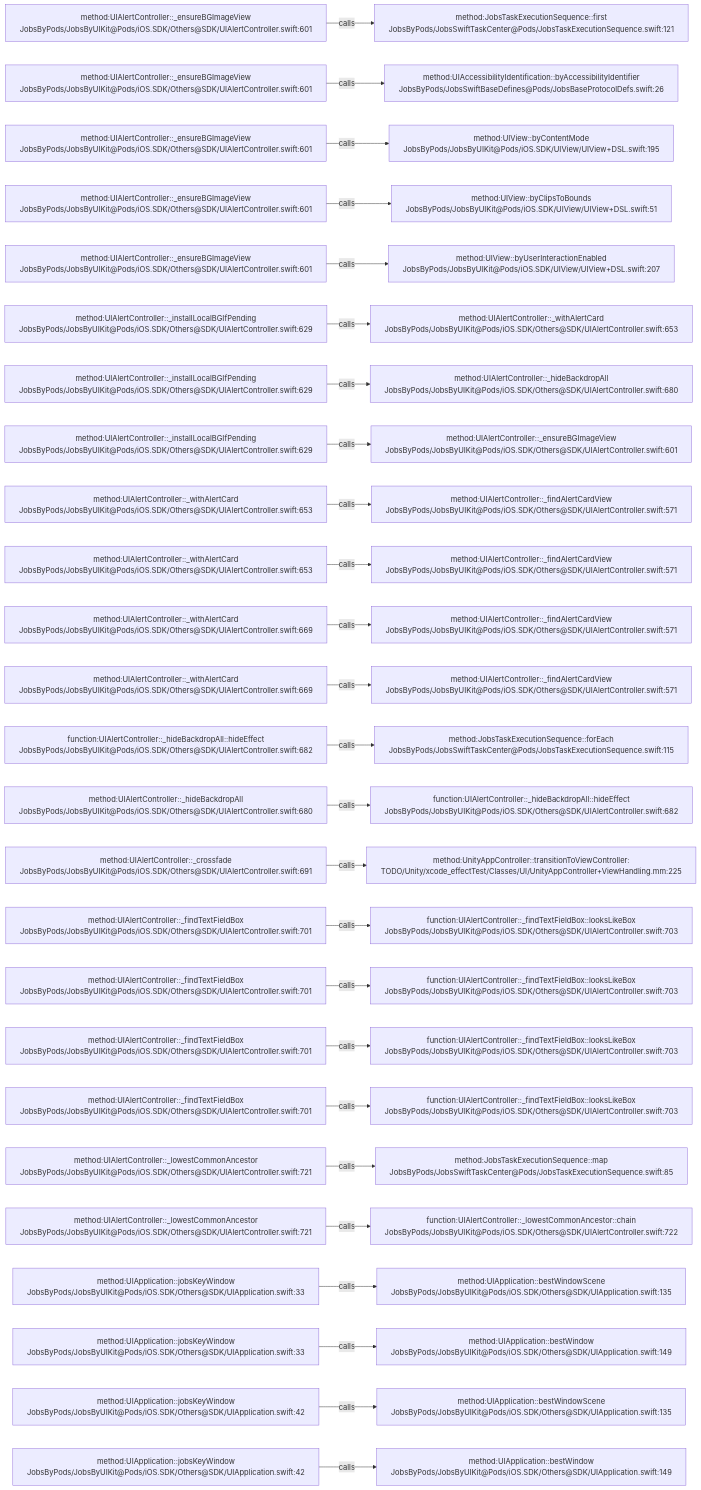
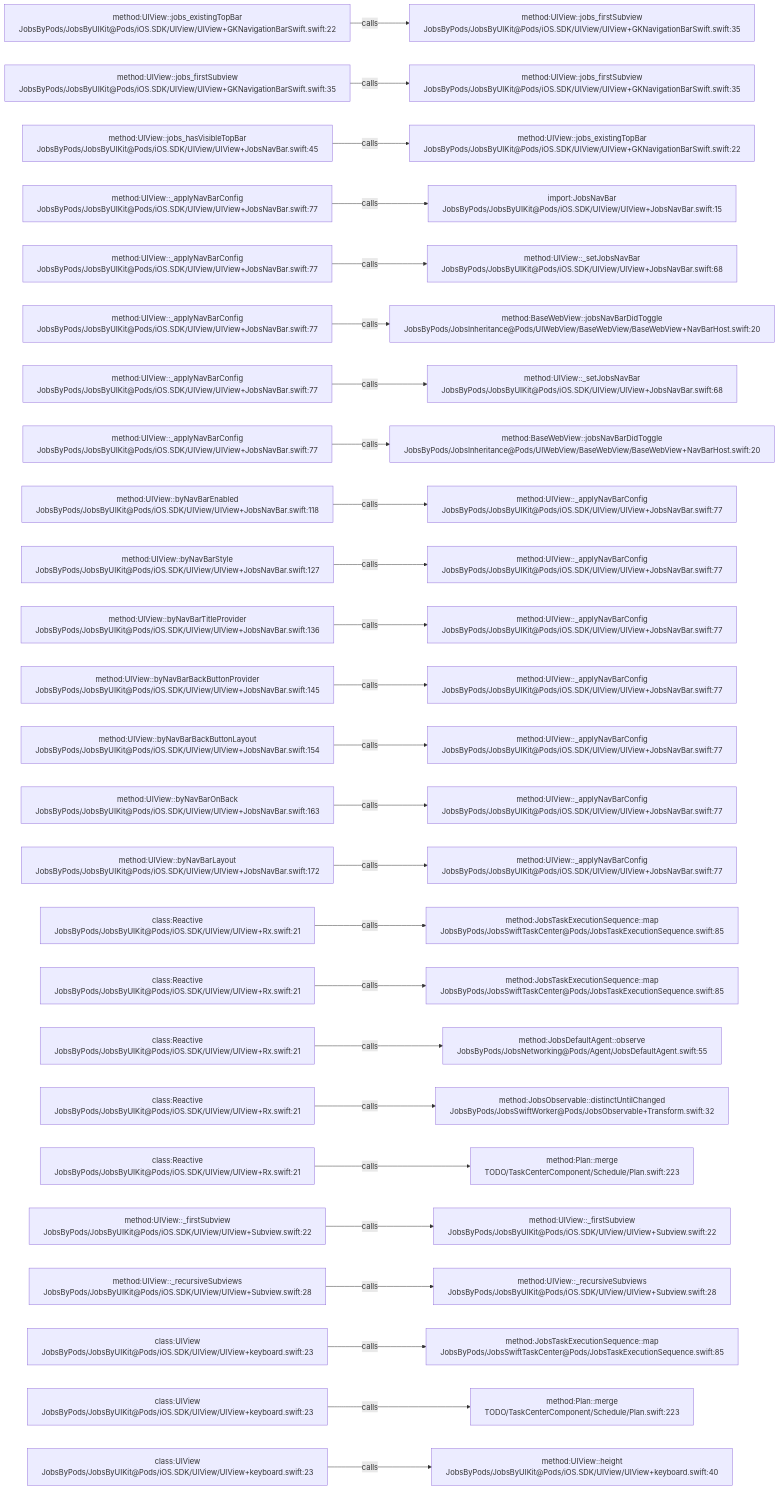
The diagram in .codegraph/codegraph.md/graphs/calls-026.md (JobsKits/JobsSwiftBaseConfigDemo), drawn with Mermaid before and after one commit. The commit also changed 569 other files, not shown here.

````diff
--- a/.codegraph/codegraph.md/graphs/calls-026.md
+++ b/.codegraph/codegraph.md/graphs/calls-026.md
@@ -13,78 +13,78 @@
 ```mermaid
 flowchart LR
-  S1["method:UIAlertController::_ensureBGImageView<br/>JobsByPods/JobsByUIKit@Pods/iOS.SDK/Others@SDK/UIAlertController.swift:601"]
-  T1["method:JobsTaskExecutionSequence::first<br/>JobsByPods/JobsSwiftTaskCenter@Pods/JobsTaskExecutionSequence.swift:121"]
+  S1["method:UIView::jobs_existingTopBar<br/>JobsByPods/JobsByUIKit@Pods/iOS.SDK/UIView/UIView+GKNavigationBarSwift.swift:22"]
+  T1["method:UIView::jobs_firstSubview<br/>JobsByPods/JobsByUIKit@Pods/iOS.SDK/UIView/UIView+GKNavigationBarSwift.swift:35"]
   S1 -->|calls| T1
-  S2["method:UIAlertController::_ensureBGImageView<br/>JobsByPods/JobsByUIKit@Pods/iOS.SDK/Others@SDK/UIAlertController.swift:601"]
-  T2["method:UIAccessibilityIdentification::byAccessibilityIdentifier<br/>JobsByPods/JobsSwiftBaseDefines@Pods/JobsBaseProtocolDefs.swift:26"]
+  S2["method:UIView::jobs_firstSubview<br/>JobsByPods/JobsByUIKit@Pods/iOS.SDK/UIView/UIView+GKNavigationBarSwift.swift:35"]
+  T2["method:UIView::jobs_firstSubview<br/>JobsByPods/JobsByUIKit@Pods/iOS.SDK/UIView/UIView+GKNavigationBarSwift.swift:35"]
   S2 -->|calls| T2
-  S3["method:UIAlertController::_ensureBGImageView<br/>JobsByPods/JobsByUIKit@Pods/iOS.SDK/Others@SDK/UIAlertController.swift:601"]
-  T3["method:UIView::byContentMode<br/>JobsByPods/JobsByUIKit@Pods/iOS.SDK/UIView/UIView+DSL.swift:195"]
+  S3["method:UIView::jobs_hasVisibleTopBar<br/>JobsByPods/JobsByUIKit@Pods/iOS.SDK/UIView/UIView+JobsNavBar.swift:45"]
+  T3["method:UIView::jobs_existingTopBar<br/>JobsByPods/JobsByUIKit@Pods/iOS.SDK/UIView/UIView+GKNavigationBarSwift.swift:22"]
   S3 -->|calls| T3
-  S4["method:UIAlertController::_ensureBGImageView<br/>JobsByPods/JobsByUIKit@Pods/iOS.SDK/Others@SDK/UIAlertController.swift:601"]
-  T4["method:UIView::byClipsToBounds<br/>JobsByPods/JobsByUIKit@Pods/iOS.SDK/UIView/UIView+DSL.swift:51"]
+  S4["method:UIView::_applyNavBarConfig<br/>JobsByPods/JobsByUIKit@Pods/iOS.SDK/UIView/UIView+JobsNavBar.swift:77"]
+  T4["import:JobsNavBar<br/>JobsByPods/JobsByUIKit@Pods/iOS.SDK/UIView/UIView+JobsNavBar.swift:15"]
   S4 -->|calls| T4
-  S5["method:UIAlertController::_ensureBGImageView<br/>JobsByPods/JobsByUIKit@Pods/iOS.SDK/Others@SDK/UIAlertController.swift:601"]
-  T5["method:UIView::byUserInteractionEnabled<br/>JobsByPods/JobsByUIKit@Pods/iOS.SDK/UIView/UIView+DSL.swift:207"]
+  S5["method:UIView::_applyNavBarConfig<br/>JobsByPods/JobsByUIKit@Pods/iOS.SDK/UIView/UIView+JobsNavBar.swift:77"]
+  T5["method:UIView::_setJobsNavBar<br/>JobsByPods/JobsByUIKit@Pods/iOS.SDK/UIView/UIView+JobsNavBar.swift:68"]
   S5 -->|calls| T5
-  S6["method:UIAlertController::_installLocalBGIfPending<br/>JobsByPods/JobsByUIKit@Pods/iOS.SDK/Others@SDK/UIAlertController.swift:629"]
-  T6["method:UIAlertController::_withAlertCard<br/>JobsByPods/JobsByUIKit@Pods/iOS.SDK/Others@SDK/UIAlertController.swift:653"]
+  S6["method:UIView::_applyNavBarConfig<br/>JobsByPods/JobsByUIKit@Pods/iOS.SDK/UIView/UIView+JobsNavBar.swift:77"]
+  T6["method:BaseWebView::jobsNavBarDidToggle<br/>JobsByPods/JobsInheritance@Pods/UIWebView/BaseWebView/BaseWebView+NavBarHost.swift:20"]
   S6 -->|calls| T6
-  S7["method:UIAlertController::_installLocalBGIfPending<br/>JobsByPods/JobsByUIKit@Pods/iOS.SDK/Others@SDK/UIAlertController.swift:629"]
-  T7["method:UIAlertController::_hideBackdropAll<br/>JobsByPods/JobsByUIKit@Pods/iOS.SDK/Others@SDK/UIAlertController.swift:680"]
+  S7["method:UIView::_applyNavBarConfig<br/>JobsByPods/JobsByUIKit@Pods/iOS.SDK/UIView/UIView+JobsNavBar.swift:77"]
+  T7["method:UIView::_setJobsNavBar<br/>JobsByPods/JobsByUIKit@Pods/iOS.SDK/UIView/UIView+JobsNavBar.swift:68"]
   S7 -->|calls| T7
-  S8["method:UIAlertController::_installLocalBGIfPending<br/>JobsByPods/JobsByUIKit@Pods/iOS.SDK/Others@SDK/UIAlertController.swift:629"]
-  T8["method:UIAlertController::_ensureBGImageView<br/>JobsByPods/JobsByUIKit@Pods/iOS.SDK/Others@SDK/UIAlertController.swift:601"]
+  S8["method:UIView::_applyNavBarConfig<br/>JobsByPods/JobsByUIKit@Pods/iOS.SDK/UIView/UIView+JobsNavBar.swift:77"]
+  T8["method:BaseWebView::jobsNavBarDidToggle<br/>JobsByPods/JobsInheritance@Pods/UIWebView/BaseWebView/BaseWebView+NavBarHost.swift:20"]
   S8 -->|calls| T8
-  S9["method:UIAlertController::_withAlertCard<br/>JobsByPods/JobsByUIKit@Pods/iOS.SDK/Others@SDK/UIAlertController.swift:653"]
-  T9["method:UIAlertController::_findAlertCardView<br/>JobsByPods/JobsByUIKit@Pods/iOS.SDK/Others@SDK/UIAlertController.swift:571"]
+  S9["method:UIView::byNavBarEnabled<br/>JobsByPods/JobsByUIKit@Pods/iOS.SDK/UIView/UIView+JobsNavBar.swift:118"]
+  T9["method:UIView::_applyNavBarConfig<br/>JobsByPods/JobsByUIKit@Pods/iOS.SDK/UIView/UIView+JobsNavBar.swift:77"]
   S9 -->|calls| T9
-  S10["method:UIAlertController::_withAlertCard<br/>JobsByPods/JobsByUIKit@Pods/iOS.SDK/Others@SDK/UIAlertController.swift:653"]
-  T10["method:UIAlertController::_findAlertCardView<br/>JobsByPods/JobsByUIKit@Pods/iOS.SDK/Others@SDK/UIAlertController.swift:571"]
+  S10["method:UIView::byNavBarStyle<br/>JobsByPods/JobsByUIKit@Pods/iOS.SDK/UIView/UIView+JobsNavBar.swift:127"]
+  T10["method:UIView::_applyNavBarConfig<br/>JobsByPods/JobsByUIKit@Pods/iOS.SDK/UIView/UIView+JobsNavBar.swift:77"]
   S10 -->|calls| T10
-  S11["method:UIAlertController::_withAlertCard<br/>JobsByPods/JobsByUIKit@Pods/iOS.SDK/Others@SDK/UIAlertController.swift:669"]
-  T11["method:UIAlertController::_findAlertCardView<br/>JobsByPods/JobsByUIKit@Pods/iOS.SDK/Others@SDK/UIAlertController.swift:571"]
+  S11["method:UIView::byNavBarTitleProvider<br/>JobsByPods/JobsByUIKit@Pods/iOS.SDK/UIView/UIView+JobsNavBar.swift:136"]
+  T11["method:UIView::_applyNavBarConfig<br/>JobsByPods/JobsByUIKit@Pods/iOS.SDK/UIView/UIView+JobsNavBar.swift:77"]
   S11 -->|calls| T11
-  S12["method:UIAlertController::_withAlertCard<br/>JobsByPods/JobsByUIKit@Pods/iOS.SDK/Others@SDK/UIAlertController.swift:669"]
-  T12["method:UIAlertController::_findAlertCardView<br/>JobsByPods/JobsByUIKit@Pods/iOS.SDK/Others@SDK/UIAlertController.swift:571"]
+  S12["method:UIView::byNavBarBackButtonProvider<br/>JobsByPods/JobsByUIKit@Pods/iOS.SDK/UIView/UIView+JobsNavBar.swift:145"]
+  T12["method:UIView::_applyNavBarConfig<br/>JobsByPods/JobsByUIKit@Pods/iOS.SDK/UIView/UIView+JobsNavBar.swift:77"]
   S12 -->|calls| T12
-  S13["function:UIAlertController::_hideBackdropAll::hideEffect<br/>JobsByPods/JobsByUIKit@Pods/iOS.SDK/Others@SDK/UIAlertController.swift:682"]
-  T13["method:JobsTaskExecutionSequence::forEach<br/>JobsByPods/JobsSwiftTaskCenter@Pods/JobsTaskExecutionSequence.swift:115"]
+  S13["method:UIView::byNavBarBackButtonLayout<br/>JobsByPods/JobsByUIKit@Pods/iOS.SDK/UIView/UIView+JobsNavBar.swift:154"]
+  T13["method:UIView::_applyNavBarConfig<br/>JobsByPods/JobsByUIKit@Pods/iOS.SDK/UIView/UIView+JobsNavBar.swift:77"]
   S13 -->|calls| T13
-  S14["method:UIAlertController::_hideBackdropAll<br/>JobsByPods/JobsByUIKit@Pods/iOS.SDK/Others@SDK/UIAlertController.swift:680"]
-  T14["function:UIAlertController::_hideBackdropAll::hideEffect<br/>JobsByPods/JobsByUIKit@Pods/iOS.SDK/Others@SDK/UIAlertController.swift:682"]
+  S14["method:UIView::byNavBarOnBack<br/>JobsByPods/JobsByUIKit@Pods/iOS.SDK/UIView/UIView+JobsNavBar.swift:163"]
+  T14["method:UIView::_applyNavBarConfig<br/>JobsByPods/JobsByUIKit@Pods/iOS.SDK/UIView/UIView+JobsNavBar.swift:77"]
   S14 -->|calls| T14
-  S15["method:UIAlertController::_crossfade<br/>JobsByPods/JobsByUIKit@Pods/iOS.SDK/Others@SDK/UIAlertController.swift:691"]
-  T15["method:UnityAppController::transitionToViewController:<br/>TODO/Unity/xcode_effectTest/Classes/UI/UnityAppController+ViewHandling.mm:225"]
+  S15["method:UIView::byNavBarLayout<br/>JobsByPods/JobsByUIKit@Pods/iOS.SDK/UIView/UIView+JobsNavBar.swift:172"]
+  T15["method:UIView::_applyNavBarConfig<br/>JobsByPods/JobsByUIKit@Pods/iOS.SDK/UIView/UIView+JobsNavBar.swift:77"]
   S15 -->|calls| T15
-  S16["method:UIAlertController::_findTextFieldBox<br/>JobsByPods/JobsByUIKit@Pods/iOS.SDK/Others@SDK/UIAlertController.swift:701"]
-  T16["function:UIAlertController::_findTextFieldBox::looksLikeBox<br/>JobsByPods/JobsByUIKit@Pods/iOS.SDK/Others@SDK/UIAlertController.swift:703"]
+  S16["class:Reactive<br/>JobsByPods/JobsByUIKit@Pods/iOS.SDK/UIView/UIView+Rx.swift:21"]
+  T16["method:JobsTaskExecutionSequence::map<br/>JobsByPods/JobsSwiftTaskCenter@Pods/JobsTaskExecutionSequence.swift:85"]
   S16 -->|calls| T16
-  S17["method:UIAlertController::_findTextFieldBox<br/>JobsByPods/JobsByUIKit@Pods/iOS.SDK/Others@SDK/UIAlertController.swift:701"]
-  T17["function:UIAlertController::_findTextFieldBox::looksLikeBox<br/>JobsByPods/JobsByUIKit@Pods/iOS.SDK/Others@SDK/UIAlertController.swift:703"]
+  S17["class:Reactive<br/>JobsByPods/JobsByUIKit@Pods/iOS.SDK/UIView/UIView+Rx.swift:21"]
+  T17["method:JobsTaskExecutionSequence::map<br/>JobsByPods/JobsSwiftTaskCenter@Pods/JobsTaskExecutionSequence.swift:85"]
   S17 -->|calls| T17
-  S18["method:UIAlertController::_findTextFieldBox<br/>JobsByPods/JobsByUIKit@Pods/iOS.SDK/Others@SDK/UIAlertController.swift:701"]
-  T18["function:UIAlertController::_findTextFieldBox::looksLikeBox<br/>JobsByPods/JobsByUIKit@Pods/iOS.SDK/Others@SDK/UIAlertController.swift:703"]
+  S18["class:Reactive<br/>JobsByPods/JobsByUIKit@Pods/iOS.SDK/UIView/UIView+Rx.swift:21"]
+  T18["method:JobsDefaultAgent::observe<br/>JobsByPods/JobsNetworking@Pods/Agent/JobsDefaultAgent.swift:55"]
   S18 -->|calls| T18
-  S19["method:UIAlertController::_findTextFieldBox<br/>JobsByPods/JobsByUIKit@Pods/iOS.SDK/Others@SDK/UIAlertController.swift:701"]
-  T19["function:UIAlertController::_findTextFieldBox::looksLikeBox<br/>JobsByPods/JobsByUIKit@Pods/iOS.SDK/Others@SDK/UIAlertController.swift:703"]
+  S19["class:Reactive<br/>JobsByPods/JobsByUIKit@Pods/iOS.SDK/UIView/UIView+Rx.swift:21"]
+  T19["method:JobsObservable::distinctUntilChanged<br/>JobsByPods/JobsSwiftWorker@Pods/JobsObservable+Transform.swift:32"]
   S19 -->|calls| T19
-  S20["method:UIAlertController::_lowestCommonAncestor<br/>JobsByPods/JobsByUIKit@Pods/iOS.SDK/Others@SDK/UIAlertController.swift:721"]
-  T20["method:JobsTaskExecutionSequence::map<br/>JobsByPods/JobsSwiftTaskCenter@Pods/JobsTaskExecutionSequence.swift:85"]
+  S20["class:Reactive<br/>JobsByPods/JobsByUIKit@Pods/iOS.SDK/UIView/UIView+Rx.swift:21"]
+  T20["method:Plan::merge<br/>TODO/TaskCenterComponent/Schedule/Plan.swift:223"]
   S20 -->|calls| T20
-  S21["method:UIAlertController::_lowestCommonAncestor<br/>JobsByPods/JobsByUIKit@Pods/iOS.SDK/Others@SDK/UIAlertController.swift:721"]
-  T21["function:UIAlertController::_lowestCommonAncestor::chain<br/>JobsByPods/JobsByUIKit@Pods/iOS.SDK/Others@SDK/UIAlertController.swift:722"]
+  S21["method:UIView::_firstSubview<br/>JobsByPods/JobsByUIKit@Pods/iOS.SDK/UIView/UIView+Subview.swift:22"]
+  T21["method:UIView::_firstSubview<br/>JobsByPods/JobsByUIKit@Pods/iOS.SDK/UIView/UIView+Subview.swift:22"]
   S21 -->|calls| T21
-  S22["method:UIApplication::jobsKeyWindow<br/>JobsByPods/JobsByUIKit@Pods/iOS.SDK/Others@SDK/UIApplication.swift:33"]
-  T22["method:UIApplication::bestWindowScene<br/>JobsByPods/JobsByUIKit@Pods/iOS.SDK/Others@SDK/UIApplication.swift:135"]
+  S22["method:UIView::_recursiveSubviews<br/>JobsByPods/JobsByUIKit@Pods/iOS.SDK/UIView/UIView+Subview.swift:28"]
+  T22["method:UIView::_recursiveSubviews<br/>JobsByPods/JobsByUIKit@Pods/iOS.SDK/UIView/UIView+Subview.swift:28"]
   S22 -->|calls| T22
-  S23["method:UIApplication::jobsKeyWindow<br/>JobsByPods/JobsByUIKit@Pods/iOS.SDK/Others@SDK/UIApplication.swift:33"]
-  T23["method:UIApplication::bestWindow<br/>JobsByPods/JobsByUIKit@Pods/iOS.SDK/Others@SDK/UIApplication.swift:149"]
+  S23["class:UIView<br/>JobsByPods/JobsByUIKit@Pods/iOS.SDK/UIView/UIView+keyboard.swift:23"]
+  T23["method:JobsTaskExecutionSequence::map<br/>JobsByPods/JobsSwiftTaskCenter@Pods/JobsTaskExecutionSequence.swift:85"]
   S23 -->|calls| T23
-  S24["method:UIApplication::jobsKeyWindow<br/>JobsByPods/JobsByUIKit@Pods/iOS.SDK/Others@SDK/UIApplication.swift:42"]
-  T24["method:UIApplication::bestWindowScene<br/>JobsByPods/JobsByUIKit@Pods/iOS.SDK/Others@SDK/UIApplication.swift:135"]
+  S24["class:UIView<br/>JobsByPods/JobsByUIKit@Pods/iOS.SDK/UIView/UIView+keyboard.swift:23"]
+  T24["method:Plan::merge<br/>TODO/TaskCenterComponent/Schedule/Plan.swift:223"]
   S24 -->|calls| T24
-  S25["method:UIApplication::jobsKeyWindow<br/>JobsByPods/JobsByUIKit@Pods/iOS.SDK/Others@SDK/UIApplication.swift:42"]
-  T25["method:UIApplication::bestWindow<br/>JobsByPods/JobsByUIKit@Pods/iOS.SDK/Others@SDK/UIApplication.swift:149"]
+  S25["class:UIView<br/>JobsByPods/JobsByUIKit@Pods/iOS.SDK/UIView/UIView+keyboard.swift:23"]
+  T25["method:UIView::height<br/>JobsByPods/JobsByUIKit@Pods/iOS.SDK/UIView/UIView+keyboard.swift:40"]
   S25 -->|calls| T25
 ```
````
